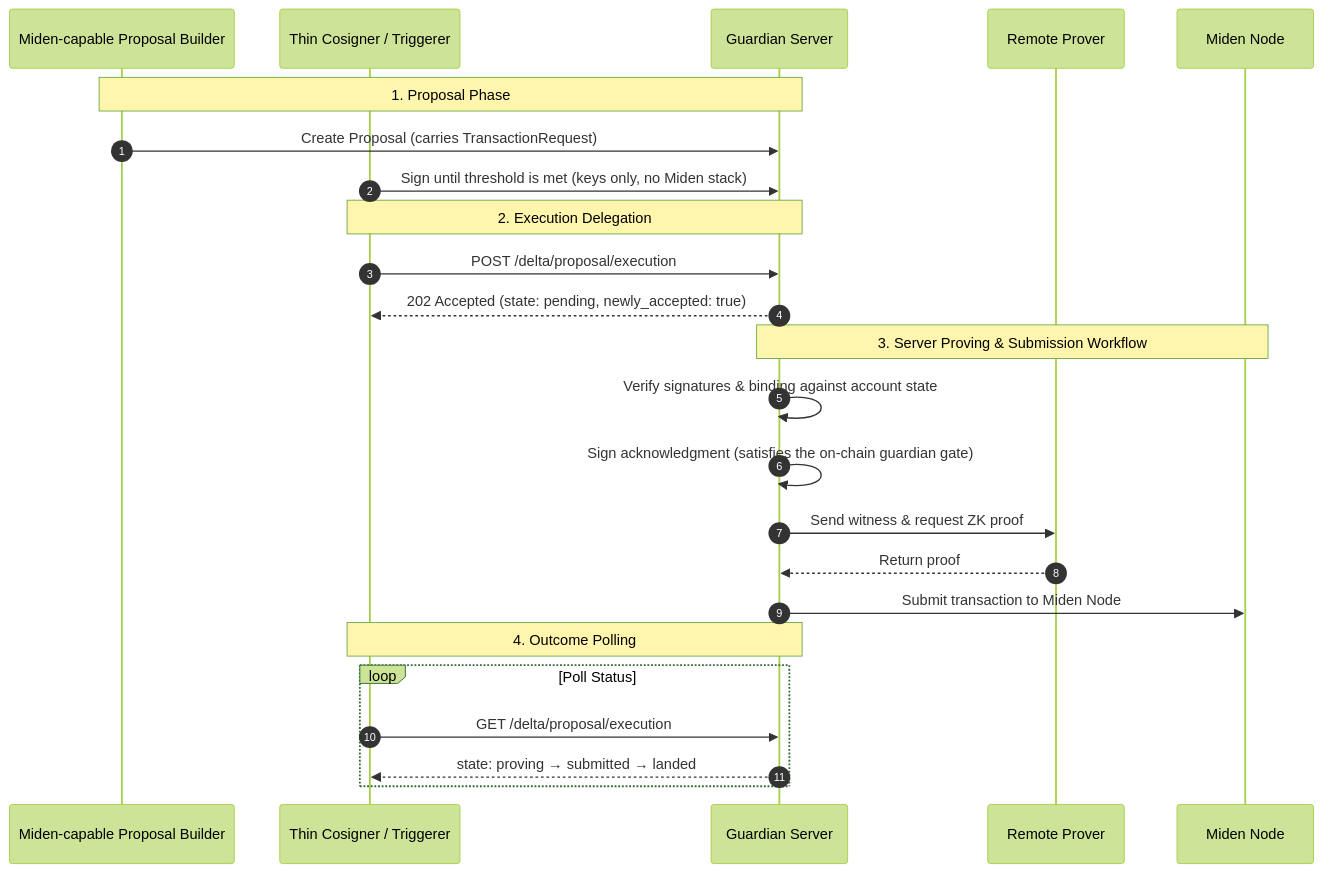
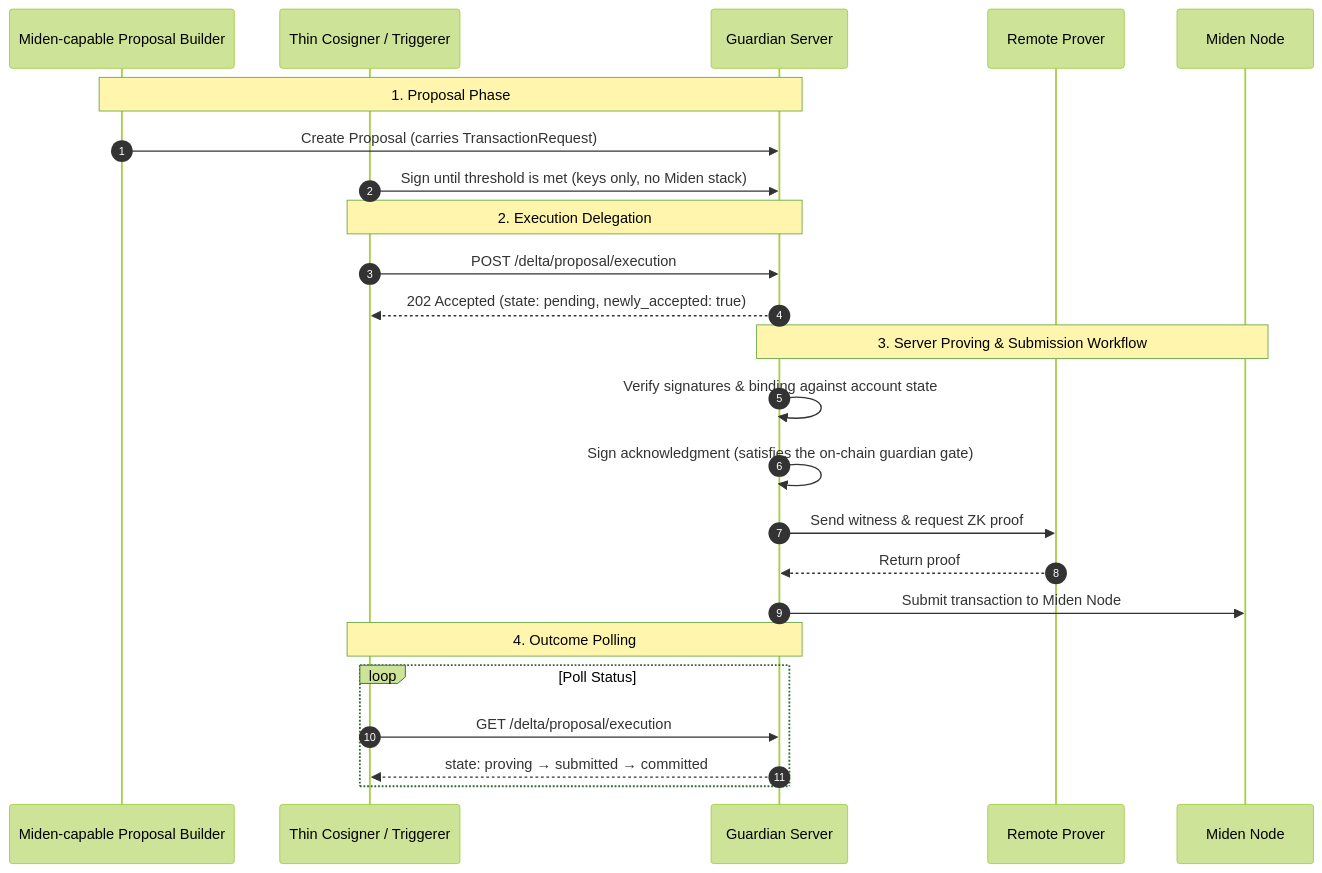
One commit to OpenZeppelin/guardian changed the second of 11 diagrams in docs/rfcs/0001-server-side-transaction-execution.md. Above: the diagram before and after it, drawn with Mermaid (forest theme). The commit also changed other lines of this file and 8 other files, not shown here.

````diff
--- a/docs/rfcs/0001-server-side-transaction-execution.md
+++ b/docs/rfcs/0001-server-side-transaction-execution.md
@@ -52,30 +52,30 @@
 ```mermaid
 sequenceDiagram
   autonumber
   participant Builder as Miden-capable Proposal Builder
   participant Thin as Thin Cosigner / Triggerer
   participant Guardian as Guardian Server
   participant Prover as Remote Prover
   participant Node as Miden Node
 
   Note over Builder,Guardian: 1. Proposal Phase
   Builder->>Guardian: Create Proposal (carries TransactionRequest)
   Thin->>Guardian: Sign until threshold is met (keys only, no Miden stack)
 
   Note over Thin,Guardian: 2. Execution Delegation
   Thin->>Guardian: POST /delta/proposal/execution
   Guardian-->>Thin: 202 Accepted (state: pending, newly_accepted: true)
 
   Note over Guardian,Node: 3. Server Proving & Submission Workflow
   Guardian->>Guardian: Verify signatures & binding against account state
   Guardian->>Guardian: Sign acknowledgment (satisfies the on-chain guardian gate)
   Guardian->>Prover: Send witness & request ZK proof
   Prover-->>Guardian: Return proof
   Guardian->>Node: Submit transaction to Miden Node
 
   Note over Thin,Guardian: 4. Outcome Polling
   loop Poll Status
     Thin->>Guardian: GET /delta/proposal/execution
-    Guardian-->>Thin: state: proving → submitted → landed
+    Guardian-->>Thin: state: proving → submitted → committed
   end
 ```
````
